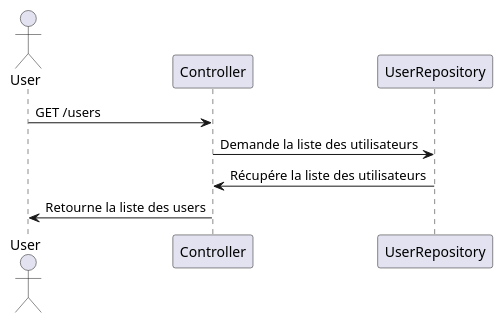
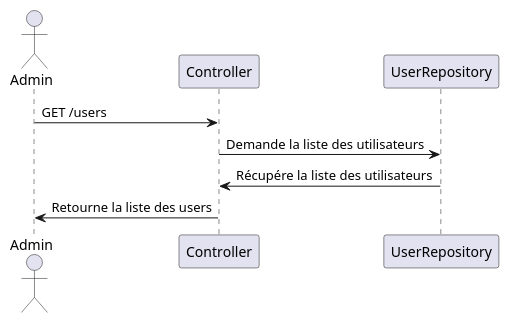
One commit to Waarrez/P8 changed the diagram in documentations/diagrammes/séquences/get_users.puml. Above: the diagram before and after it, drawn with PlantUML. The commit also changed 7 other files, not shown here.

```diff
--- a/documentations/diagrammes/séquences/get_users.puml
+++ b/documentations/diagrammes/séquences/get_users.puml
@@ -1,11 +1,11 @@
 @startuml
 
-actor User
+actor Admin
 participant Controller
 participant UserRepository
 
-User -> Controller : GET /users
+Admin -> Controller : GET /users
 Controller -> UserRepository : Demande la liste des utilisateurs
 UserRepository -> Controller : Récupére la liste des utilisateurs
-Controller -> User : Retourne la liste des users
+Controller -> Admin : Retourne la liste des users
 @enduml
```
